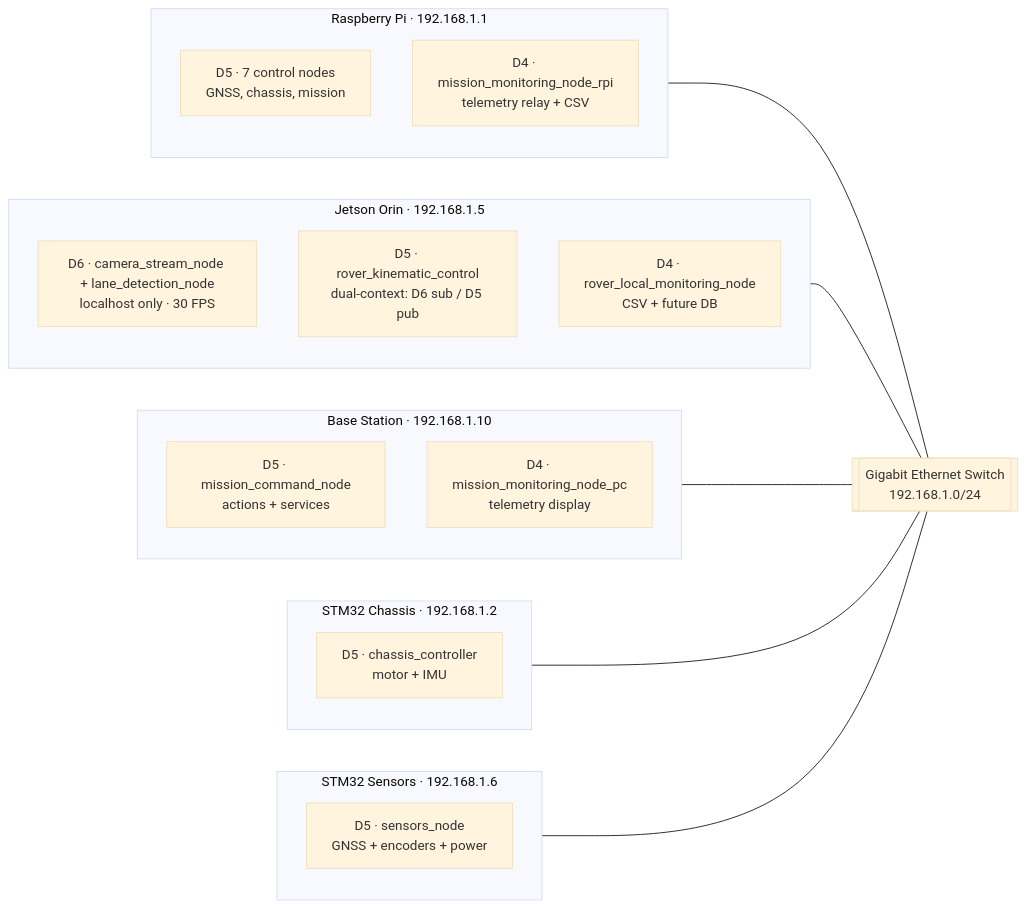
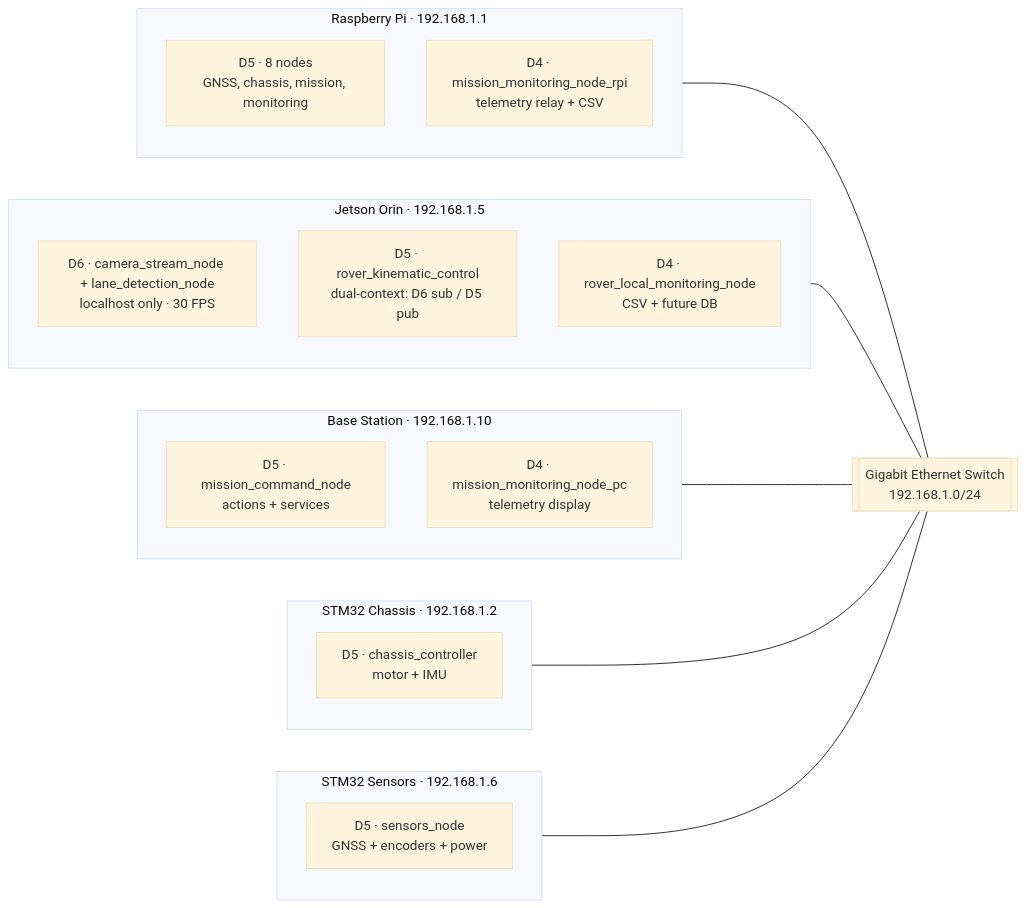
The first of 2 diagrams in docs/ARCHITECTURE.md (RoboticsGG/almondmatcha), drawn with Mermaid (base theme) before and after one commit. The commit also changed other lines of this file and 7 other files, not shown here.

````diff
--- a/docs/ARCHITECTURE.md
+++ b/docs/ARCHITECTURE.md
@@ -19,34 +19,34 @@
 ```mermaid
 graph LR
     SW[["Gigabit Ethernet Switch\n192.168.1.0/24"]]
 
     subgraph RPi ["Raspberry Pi · 192.168.1.1"]
-        R1["D5 · 7 control nodes\nGNSS, chassis, mission"]
+        R1["D5 · 8 nodes\nGNSS, chassis, mission, monitoring"]
         R2["D4 · mission_monitoring_node_rpi\ntelemetry relay + CSV"]
     end
 
     subgraph JET ["Jetson Orin · 192.168.1.5"]
         J1["D6 · camera_stream_node + lane_detection_node\nlocalhost only · 30 FPS"]
         J2["D5 · rover_kinematic_control\ndual-context: D6 sub / D5 pub"]
         J3["D4 · rover_local_monitoring_node\nCSV + future DB"]
     end
 
     subgraph BASE ["Base Station · 192.168.1.10"]
         B1["D5 · mission_command_node\nactions + services"]
         B2["D4 · mission_monitoring_node_pc\ntelemetry display"]
     end
 
     subgraph CHS ["STM32 Chassis · 192.168.1.2"]
         C1["D5 · chassis_controller\nmotor + IMU"]
     end
 
     subgraph SNS ["STM32 Sensors · 192.168.1.6"]
         S1["D5 · sensors_node\nGNSS + encoders + power"]
     end
 
     RPi --- SW
     JET --- SW
     BASE --- SW
     CHS --- SW
     SNS --- SW
 ```
````
